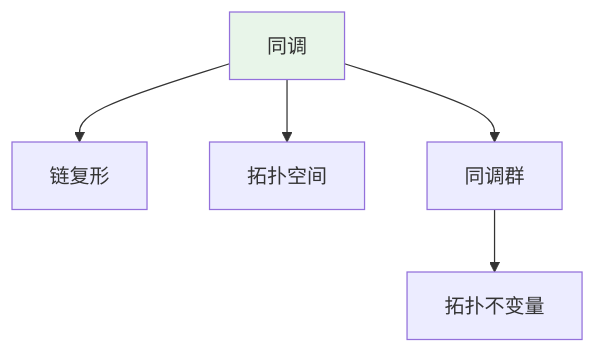
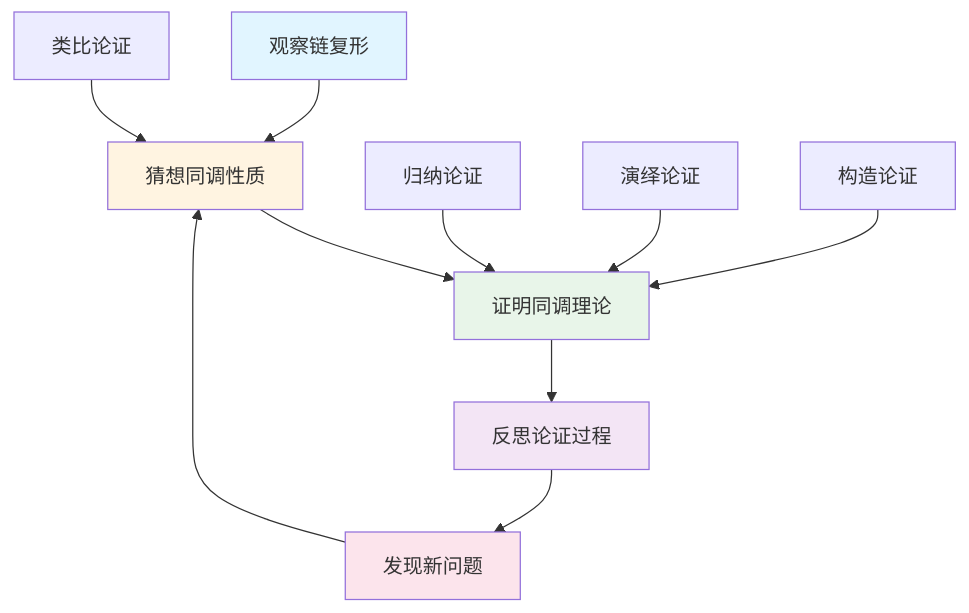
One commit to AdaMartin18010/FormalMath changed the fifth of 10 diagrams in concept/核心概念/25-同调.md. Above: the diagram before and after it, drawn with Mermaid. The commit also changed other lines of this file and 4793 other files, not shown here.

````diff
--- a/concept/核心概念/25-同调.md
+++ b/concept/核心概念/25-同调.md
@@ -716,9 +1443,19 @@
 ```mermaid
 graph TD
-    A[同调] --> B[链复形]
-    A --> C[拓扑空间]
-    A --> D[同调群]
-    D --> E[拓扑不变量]
+    A[观察链复形] --> B[猜想同调性质]
+    B --> C[证明同调理论]
+    C --> D[反思论证过程]
+    D --> E[发现新问题]
+    E --> B
 
-    style A fill:#e8f5e9
+    F[归纳论证] --> C
+    G[演绎论证] --> C
+    H[类比论证] --> B
+    I[构造论证] --> C
+
+    style A fill:#e1f5ff
+    style B fill:#fff4e1
+    style C fill:#e8f5e9
+    style D fill:#f3e5f5
+    style E fill:#fce4ec
 ```
````
